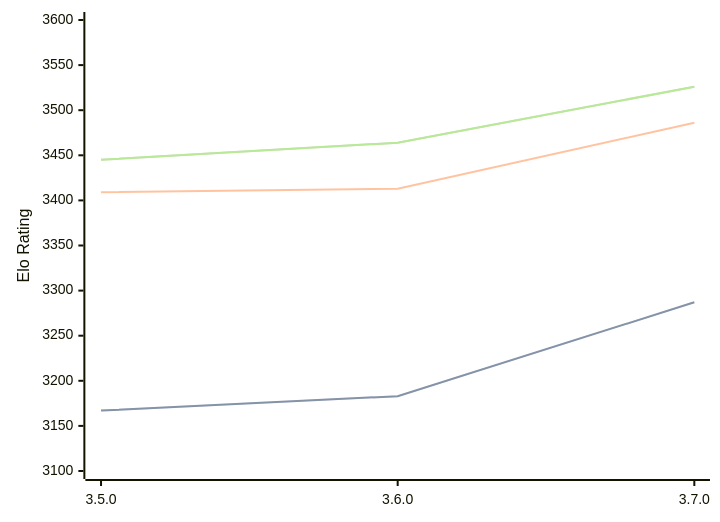
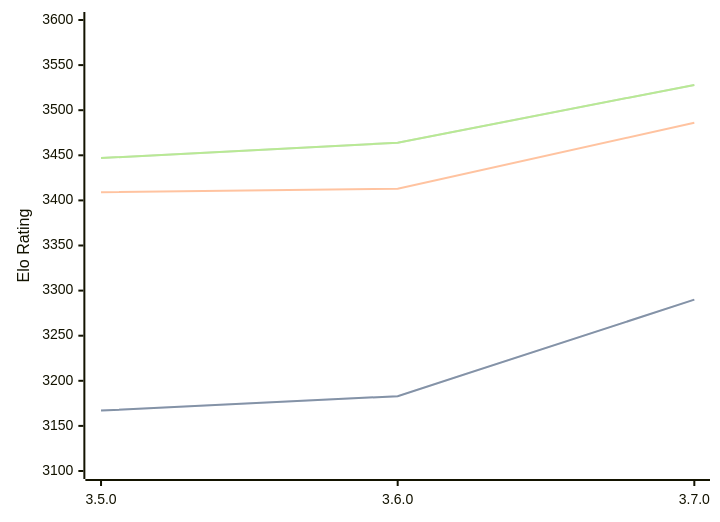
The diagram in engines/Igel.md (computer-chess-index/cci), drawn with Mermaid before and after one commit. The commit also changed other lines of this file, not shown here.

Commit message:
Update CCI Ratings (ELO VLTC) - 2026-09-14

````diff
--- a/engines/Igel.md
+++ b/engines/Igel.md
@@ -33,11 +33,11 @@
 ```mermaid
 %%{init: {"theme":"base","themeVariables":{"seriesColors:['#a3a3a3','#222221','#faa371']}}}%%
 xychart-beta
   x-axis ["3.5.0", "3.6.0", "3.7.0"]
   y-axis "Elo Rating" 3100 --> 3600
-  line "" [3167, 3183, 3287]
-  line "STC (8.0+0.08s)" [3167, 3183, 3287]
+  line "" [3167, 3183, 3290]
+  line "STC (8.0+0.08s)" [3167, 3183, 3290]
   line "LTC (60.0+0.60s)" [3409, 3413, 3486]
-  line "" [3445, 3464, 3526]
-  line "VLTC (2m24s+1.12s)" [3445, 3464, 3526]
+  line "" [3447, 3464, 3528]
+  line "VLTC (2m24s+1.12s)" [3447, 3464, 3528]
 ```
````
